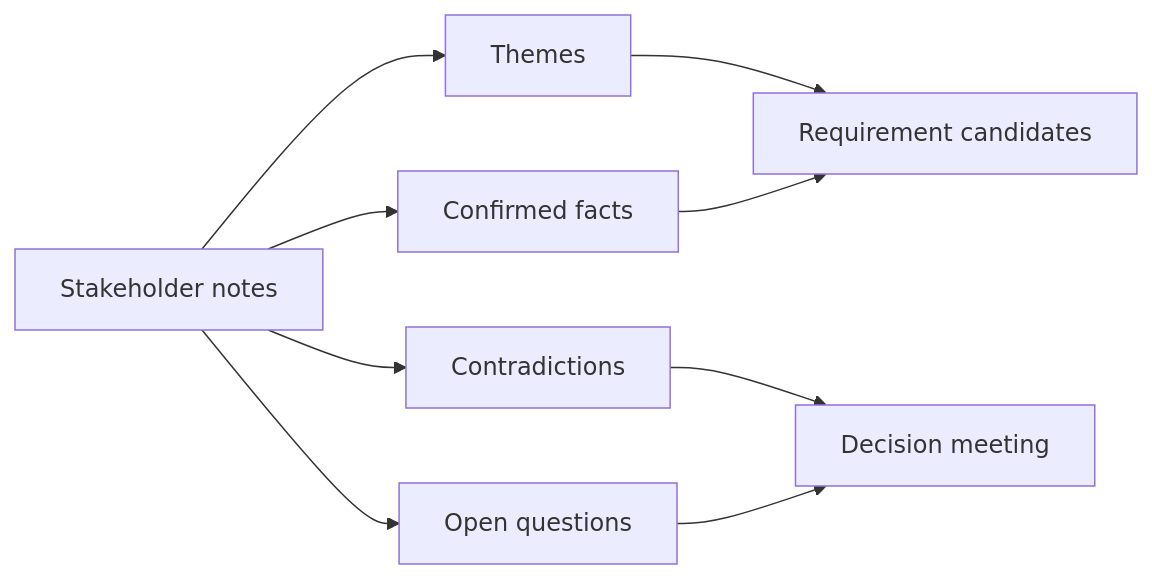
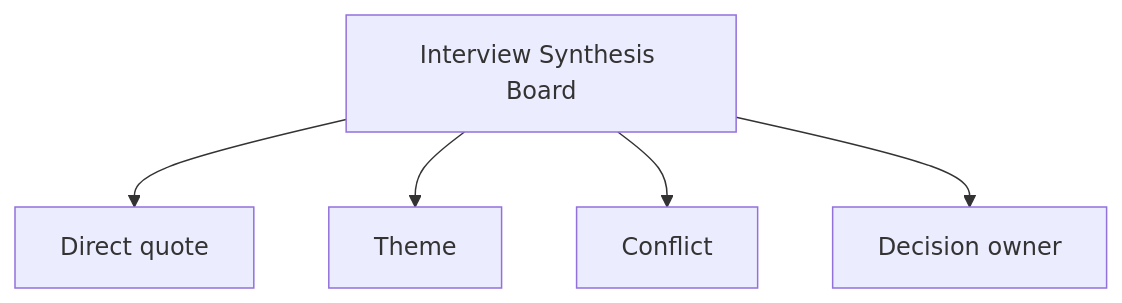
One commit to anhtnt90dev/ai-for-ba changed the second of 2 diagrams in docs/en/lessons/stakeholder-interviews-and-synthesis/index.md. Above: the diagram before and after it, drawn with Mermaid. The commit also changed other lines of this file and 40 other files, not shown here.

````diff
--- a/docs/en/lessons/stakeholder-interviews-and-synthesis/index.md
+++ b/docs/en/lessons/stakeholder-interviews-and-synthesis/index.md
@@ -68,11 +173,8 @@
 ```mermaid
-flowchart LR
-    A["Stakeholder notes"] --> B["Themes"]
-    A --> C["Confirmed facts"]
-    A --> D["Contradictions"]
-    A --> E["Open questions"]
-    B --> F["Requirement candidates"]
-    C --> F
-    D --> G["Decision meeting"]
-    E --> G
+flowchart TD
+    A["Interview Synthesis Board"]
+    A --> B["Direct quote"]
+    A --> C["Theme"]
+    A --> D["Conflict"]
+    A --> E["Decision owner"]
 ```
````
